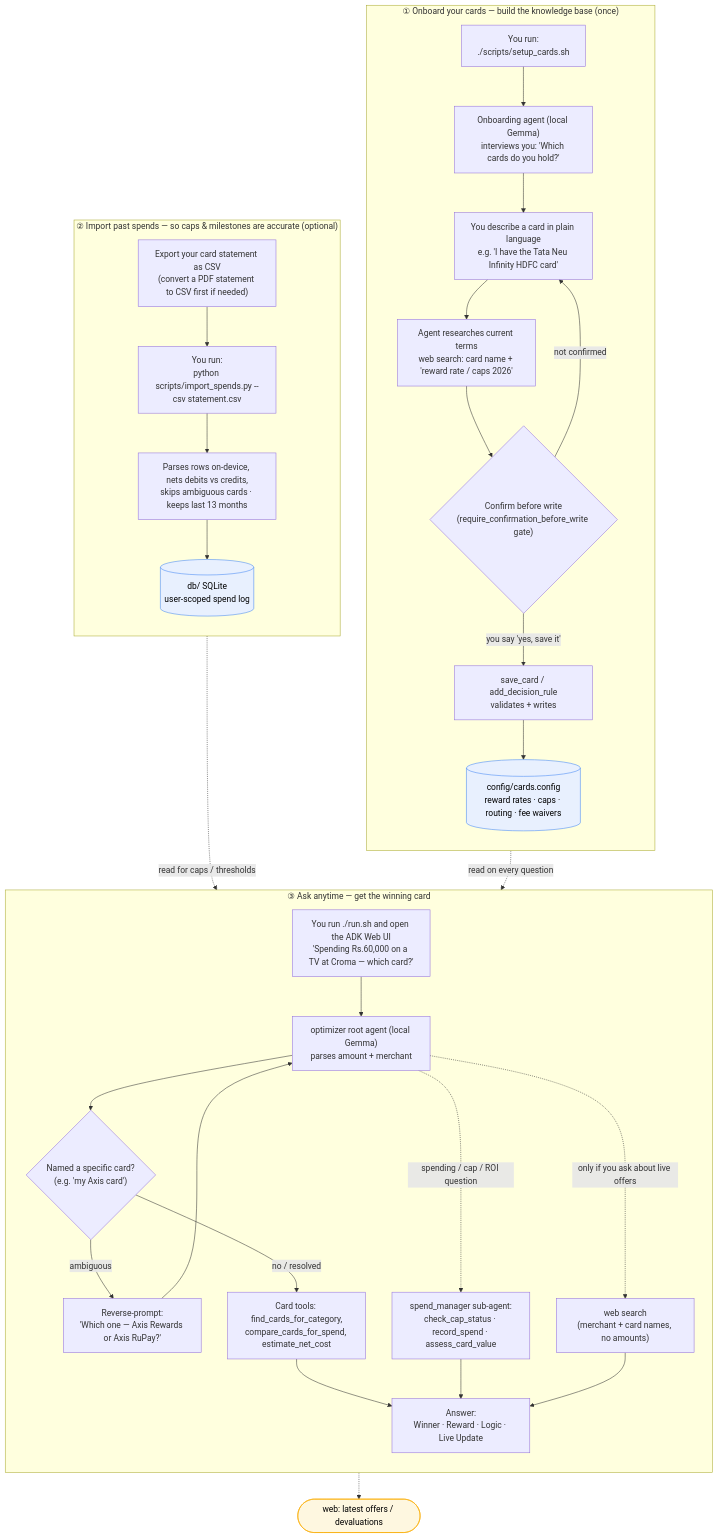
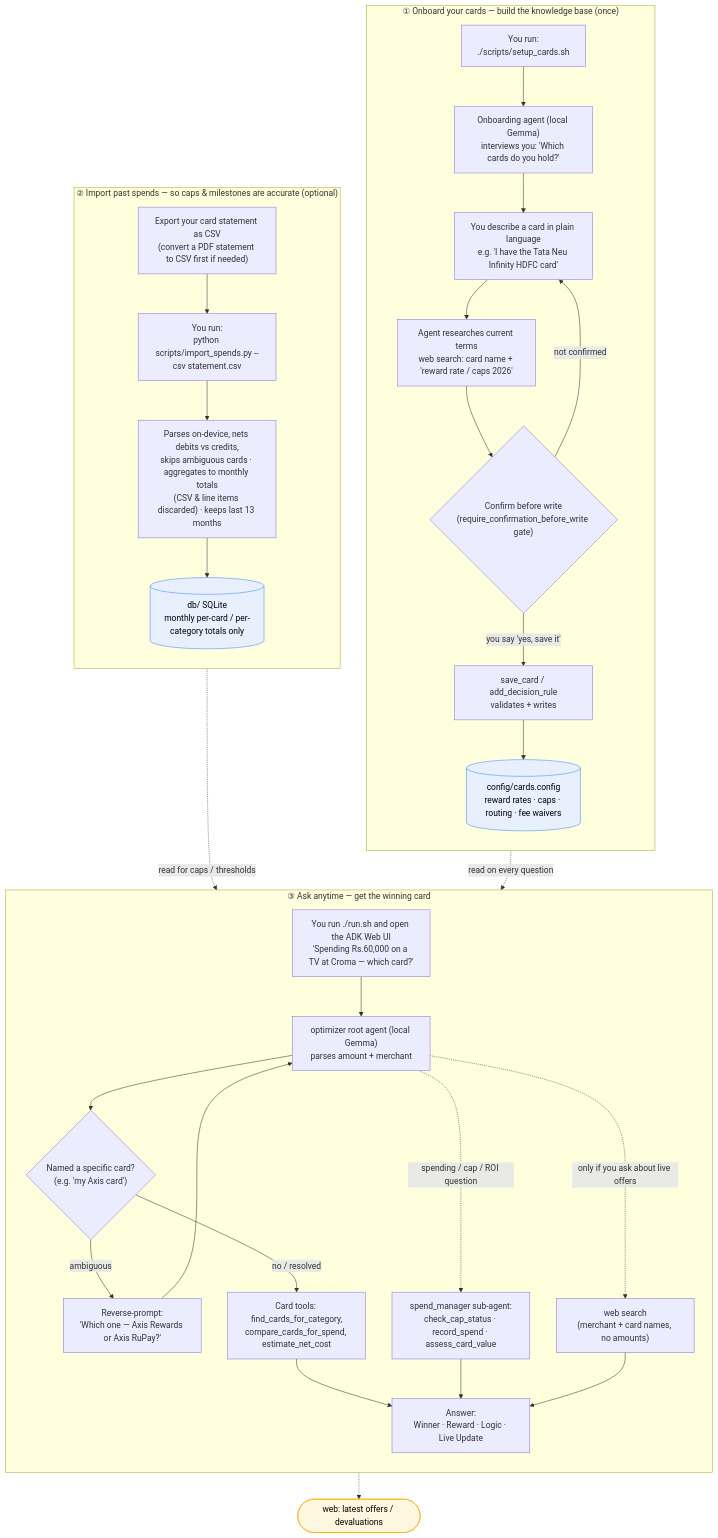
The first of 2 diagrams in README.md (indranildchandra/secure-credit-card-rewards-optimiser), drawn with Mermaid before and after one commit. The commit also changed other lines of this file, not shown here.

First line of the commit message:
docs: clarify that CSV import stores only aggregated totals

````diff
--- a/README.md
+++ b/README.md
@@ -143,43 +143,43 @@
 ```mermaid
 flowchart TD
     subgraph P1["① Onboard your cards — build the knowledge base (once)"]
         direction TB
         O1["You run:<br/>./scripts/setup_cards.sh"] --> O2["Onboarding agent (local Gemma)<br/>interviews you: 'Which cards do you hold?'"]
         O2 --> O3["You describe a card in plain language<br/>e.g. 'I have the Tata Neu Infinity HDFC card'"]
         O3 --> O4["Agent researches current terms<br/>web search: card name + 'reward rate / caps 2026'"]
         O4 --> O5{"Confirm before write<br/>(require_confirmation_before_write gate)"}
         O5 -- "you say 'yes, save it'" --> O6["save_card / add_decision_rule<br/>validates + writes"]
         O5 -- "not confirmed" --> O3
         O6 --> CFG[("config/cards.config<br/>reward rates · caps · routing · fee waivers")]
     end
 
     subgraph P2["② Import past spends — so caps & milestones are accurate (optional)"]
         direction TB
         I1["Export your card statement as CSV<br/>(convert a PDF statement to CSV first if needed)"] --> I2["You run:<br/>python scripts/import_spends.py --csv statement.csv"]
-        I2 --> I3["Parses rows on-device, nets debits vs credits,<br/>skips ambiguous cards · keeps last 13 months"]
-        I3 --> DB[("db/ SQLite<br/>user-scoped spend log")]
+        I2 --> I3["Parses on-device, nets debits vs credits,<br/>skips ambiguous cards · aggregates to monthly totals<br/>(CSV & line items discarded) · keeps last 13 months"]
+        I3 --> DB[("db/ SQLite<br/>monthly per-card / per-category totals only")]
     end
 
     subgraph P3["③ Ask anytime — get the winning card"]
         direction TB
         Q1["You run ./run.sh and open the ADK Web UI<br/>'Spending Rs.60,000 on a TV at Croma — which card?'"] --> Q2["optimizer root agent (local Gemma)<br/>parses amount + merchant"]
         Q2 --> Q3{"Named a specific card?<br/>(e.g. 'my Axis card')"}
         Q3 -- "ambiguous" --> Q3b["Reverse-prompt:<br/>'Which one — Axis Rewards or Axis RuPay?'"]
         Q3b --> Q2
         Q3 -- "no / resolved" --> Q4["Card tools: find_cards_for_category,<br/>compare_cards_for_spend, estimate_net_cost"]
         Q2 -. "spending / cap / ROI question" .-> Q5["spend_manager sub-agent:<br/>check_cap_status · record_spend · assess_card_value"]
         Q2 -. "only if you ask about live offers" .-> Q6["web search<br/>(merchant + card names, no amounts)"]
         Q4 --> ANS["Answer:<br/>Winner · Reward · Logic · Live Update"]
         Q5 --> ANS
         Q6 --> ANS
     end
 
     CFG -.->|"read on every question"| Q4
     DB -.->|"read for caps / thresholds"| Q5
     Q6 -.-> NET(["web: latest offers / devaluations"])
 
     classDef store fill:#e8f0fe,stroke:#4285f4,color:#000;
     classDef ext fill:#fef7e0,stroke:#f9ab00,color:#000;
     class CFG,DB store;
     class NET ext;
 ```
````
